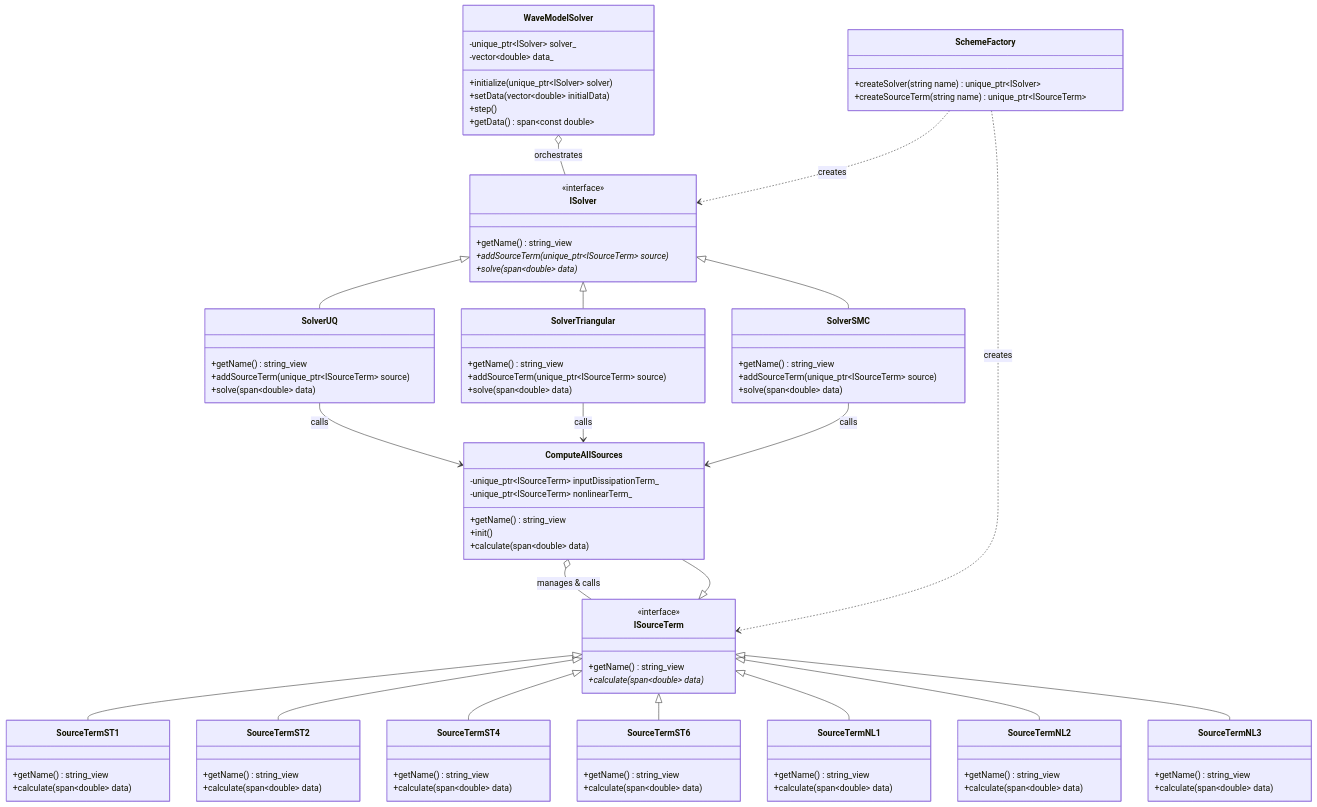
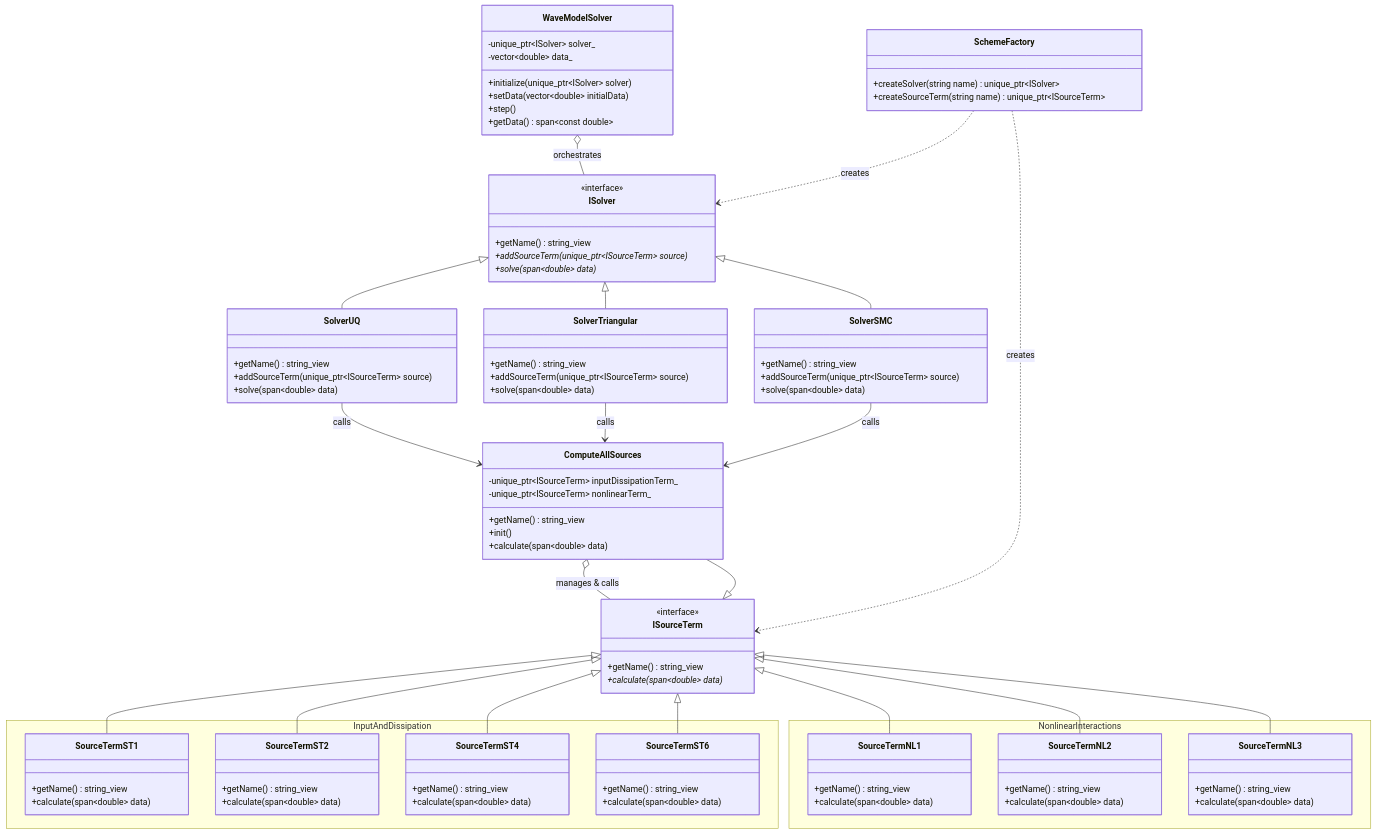
Before and after one commit to HendrikTolman-NOAA/WW4_HLT: the third of 3 diagrams in ARCHITECTURE.md, drawn with Mermaid.

Commit message:
Visually group source term options in ARCHITECTURE.md class diagram
Group ST1, ST2, ST4, ST6 under InputAndDissipation namespace and
NL1, NL2, NL3 under NonlinearInteractions namespace in ARCHITECTURE.md
Mermaid class diagram.

```diff
--- a/ARCHITECTURE.md
+++ b/ARCHITECTURE.md
@@ -146,39 +146,43 @@
         +calculate(span~double~ data)
     }
 
-    class SourceTermST1 {
-        +getName() string_view
-        +calculate(span~double~ data)
+    namespace InputAndDissipation {
+        class SourceTermST1 {
+            +getName() string_view
+            +calculate(span~double~ data)
+        }
+
+        class SourceTermST2 {
+            +getName() string_view
+            +calculate(span~double~ data)
+        }
+
+        class SourceTermST4 {
+            +getName() string_view
+            +calculate(span~double~ data)
+        }
+
+        class SourceTermST6 {
+            +getName() string_view
+            +calculate(span~double~ data)
+        }
     }
 
-    class SourceTermST2 {
-        +getName() string_view
-        +calculate(span~double~ data)
-    }
+    namespace NonlinearInteractions {
+        class SourceTermNL1 {
+            +getName() string_view
+            +calculate(span~double~ data)
+        }
 
-    class SourceTermST4 {
-        +getName() string_view
-        +calculate(span~double~ data)
-    }
+        class SourceTermNL2 {
+            +getName() string_view
+            +calculate(span~double~ data)
+        }
 
-    class SourceTermST6 {
-        +getName() string_view
-        +calculate(span~double~ data)
-    }
-
-    class SourceTermNL1 {
-        +getName() string_view
-        +calculate(span~double~ data)
-    }
-
-    class SourceTermNL2 {
-        +getName() string_view
-        +calculate(span~double~ data)
-    }
-
-    class SourceTermNL3 {
-        +getName() string_view
-        +calculate(span~double~ data)
+        class SourceTermNL3 {
+            +getName() string_view
+            +calculate(span~double~ data)
+        }
     }
 
     class SchemeFactory {
```
